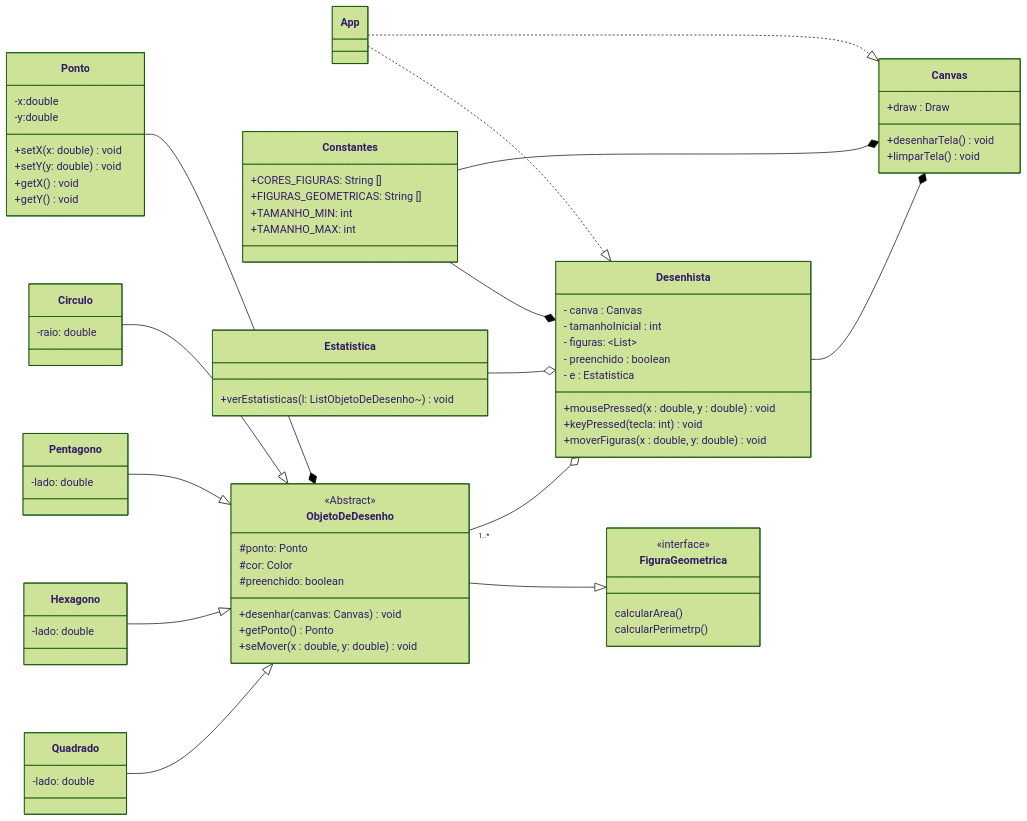
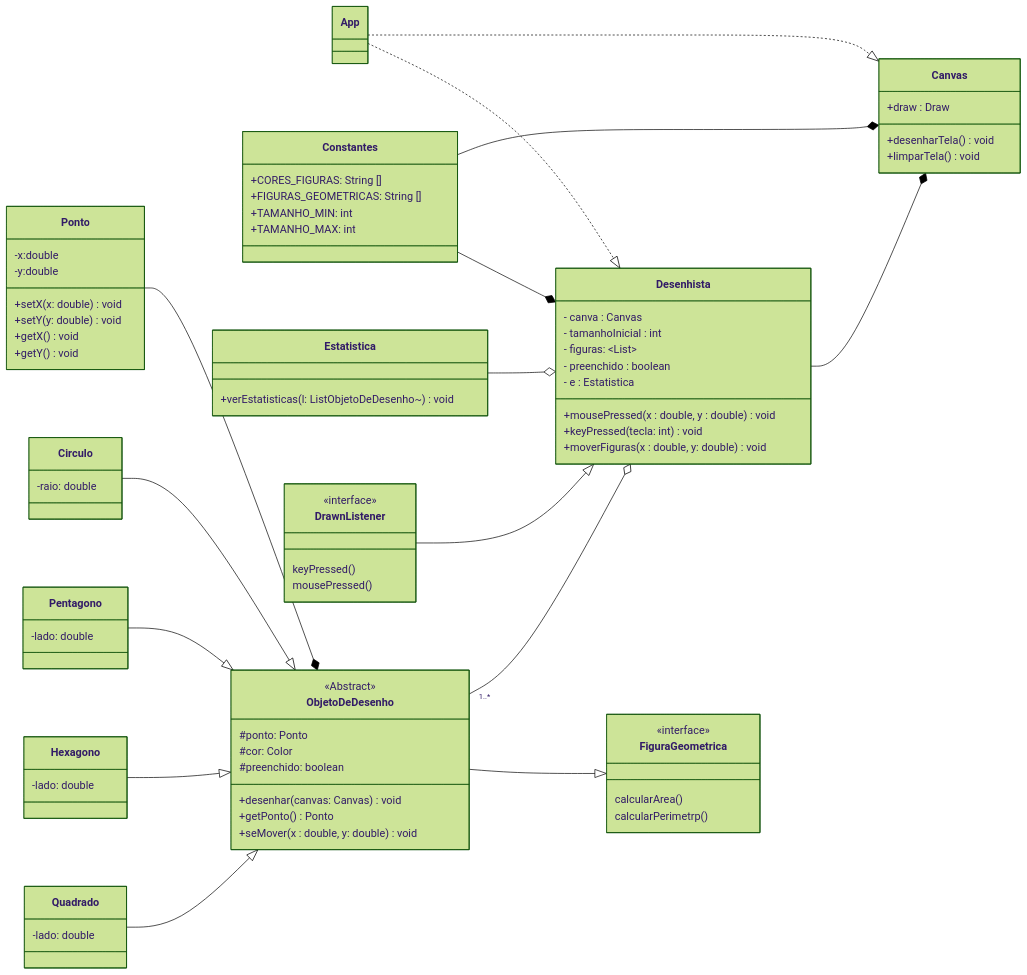
Before and after one commit to sergio-prolo-class/lista-4-BernardoMuniz39: the diagram in readme.md, drawn with Mermaid (forest theme).

Commit message:
Atualização do README

````diff
--- a/readme.md
+++ b/readme.md
@@ -74,6 +74,11 @@
         <<interface>> FiguraGeometrica
         FiguraGeometrica: calcularArea()
         FiguraGeometrica: calcularPerimetrp()
+
+        class DrawnListener
+        <<interface>> DrawnListener
+        DrawnListener: keyPressed()
+        DrawnListener: mousePressed()
         class ObjetoDeDesenho{
           <<Abstract>>
           #ponto: Ponto
@@ -83,6 +88,8 @@
           +getPonto()Ponto
           +seMover(x : double, y: double)void
         }
+       
+
         Quadrado --|> ObjetoDeDesenho
         Hexagono --|> ObjetoDeDesenho
         Pentagono --|> ObjetoDeDesenho
@@ -96,4 +103,6 @@
         Estatistica --o Desenhista
         App ..|> Desenhista
         App ..|> Canvas
+        DrawnListener --|> Desenhista
+
 ```
````
